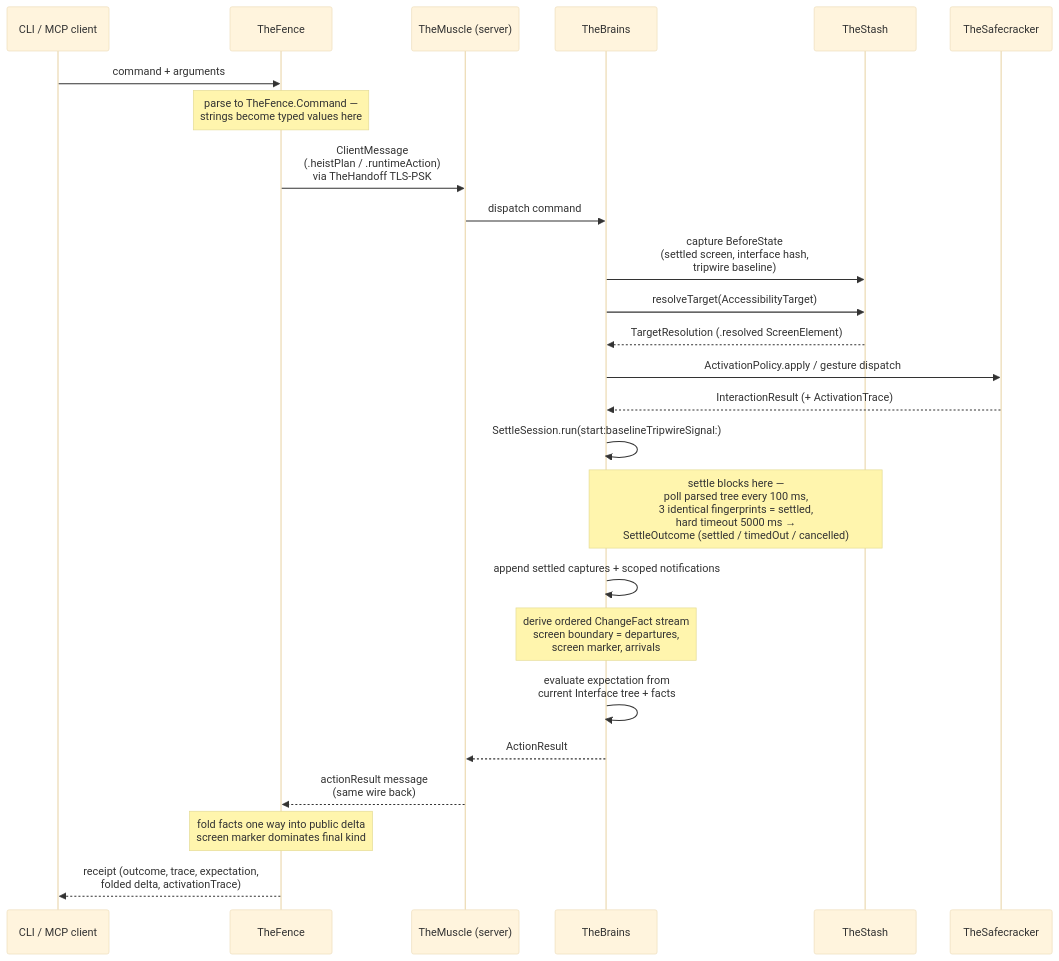
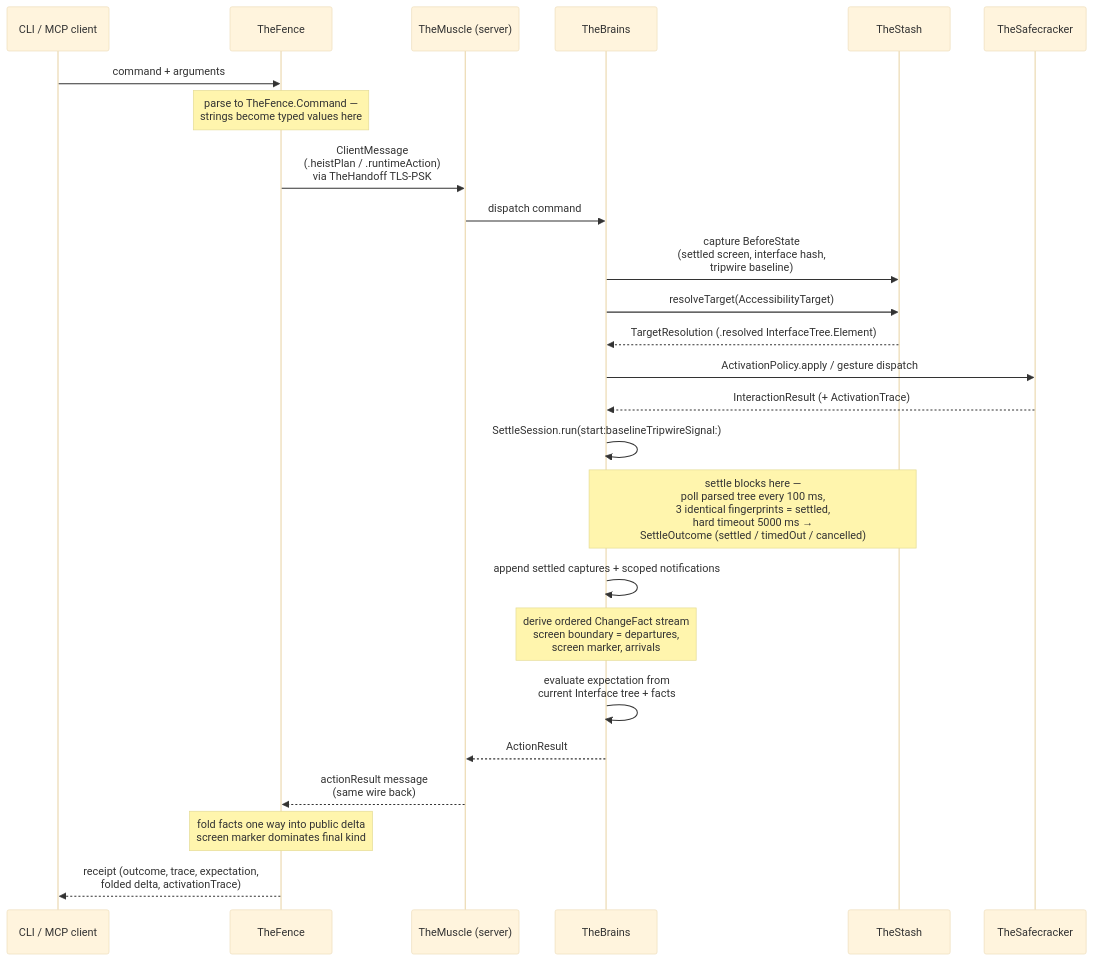
The diagram in docs/diagrams/action-pipeline.md (RoyalPineapple/TheButtonHeist), drawn with Mermaid (base theme) before and after one commit. The commit also changed 91 other files, not shown here.

Commit message:
Unify interface state around InterfaceTree

````diff
--- a/docs/diagrams/action-pipeline.md
+++ b/docs/diagrams/action-pipeline.md
@@ -10,28 +10,28 @@
 ```mermaid
 sequenceDiagram
     participant Client as CLI / MCP client
     participant Fence as TheFence
     participant Muscle as TheMuscle (server)
     participant Brains as TheBrains
     participant Stash as TheStash
     participant Safecracker as TheSafecracker
 
     Client->>Fence: command + arguments
     Note over Fence: parse to TheFence.Command —<br/>strings become typed values here
     Fence->>Muscle: ClientMessage<br/>(.heistPlan / .runtimeAction)<br/>via TheHandoff TLS-PSK
     Muscle->>Brains: dispatch command
     Brains->>Stash: capture BeforeState<br/>(settled screen, interface hash,<br/>tripwire baseline)
     Brains->>Stash: resolveTarget(AccessibilityTarget)
-    Stash-->>Brains: TargetResolution (.resolved ScreenElement)
+    Stash-->>Brains: TargetResolution (.resolved InterfaceTree.Element)
     Brains->>Safecracker: ActivationPolicy.apply / gesture dispatch
     Safecracker-->>Brains: InteractionResult (+ ActivationTrace)
     Brains->>Brains: SettleSession.run(start:baselineTripwireSignal:)
     Note over Brains,Stash: settle blocks here —<br/>poll parsed tree every 100 ms,<br/>3 identical fingerprints = settled,<br/>hard timeout 5000 ms →<br/>SettleOutcome (settled / timedOut / cancelled)
     Brains->>Brains: append settled captures + scoped notifications
     Note over Brains: derive ordered ChangeFact stream<br/>screen boundary = departures,<br/>screen marker, arrivals
     Brains->>Brains: evaluate expectation from<br/>current Interface tree + facts
     Brains-->>Muscle: ActionResult
     Muscle-->>Fence: actionResult message<br/>(same wire back)
     Note over Fence: fold facts one way into public delta<br/>screen marker dominates final kind
     Fence-->>Client: receipt (outcome, trace, expectation,<br/>folded delta, activationTrace)
 ```
````
